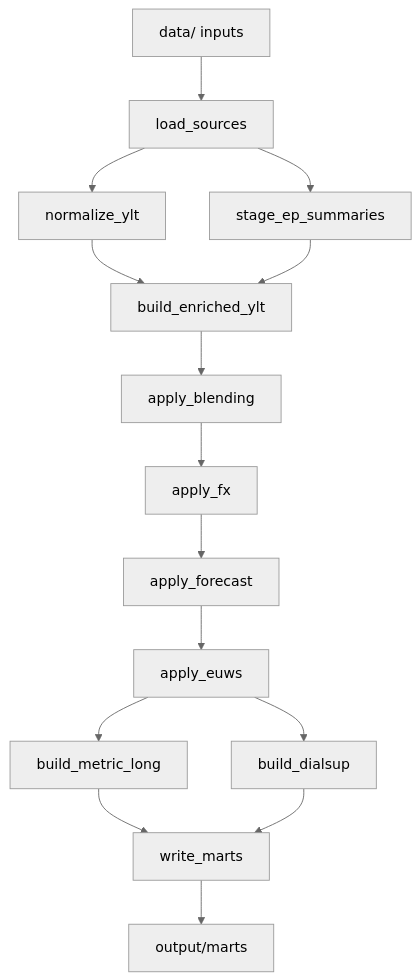
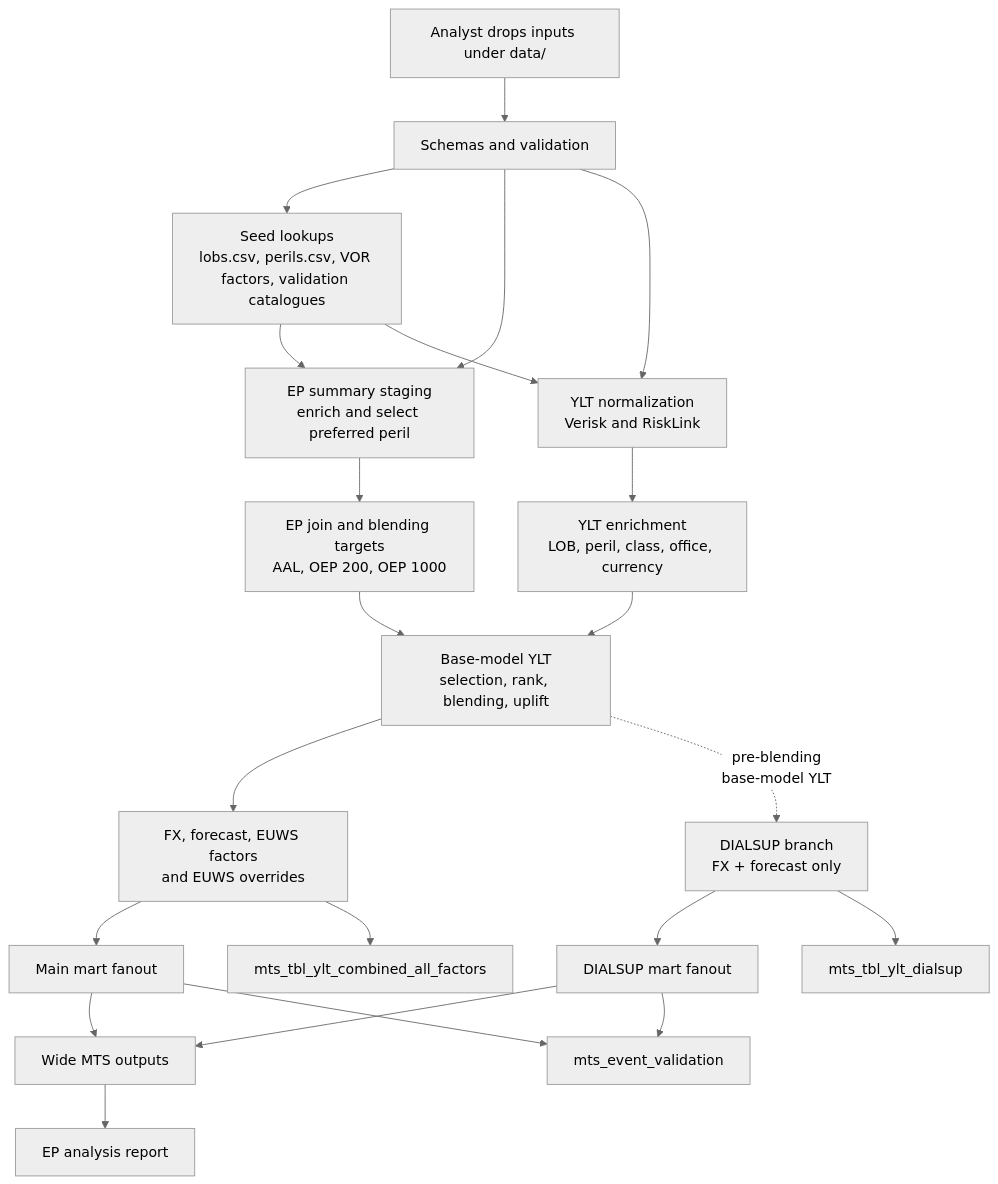
Before and after one commit to richardrh/rollup-dbt: the diagram in docs/architecture.md, drawn with Mermaid (neutral theme). The commit also changed other lines of this file and 92 other files, not shown here.

````diff
--- a/docs/architecture.md
+++ b/docs/architecture.md
@@ -7,17 +10,24 @@
 ```mermaid
 flowchart TD
-  A[data/ inputs] --> B[load_sources]
-  B --> C[normalize_ylt]
-  B --> D[stage_ep_summaries]
-  C --> E[build_enriched_ylt]
-  D --> E
-  E --> F[apply_blending]
-  F --> G[apply_fx]
-  G --> H[apply_forecast]
-  H --> I[apply_euws]
-  I --> J[build_metric_long]
-  I --> K[build_dialsup]
-  J --> L[write_marts]
-  K --> L
-  L --> M[output/marts]
+  A[Analyst drops inputs under data/] --> B[Schemas and validation]
+  B --> C[Seed lookups\nlobs.csv, perils.csv, VOR factors, validation catalogues]
+  B --> D[EP summary staging\nenrich and select preferred peril]
+  B --> E[YLT normalization\nVerisk and RiskLink]
+  C --> D
+  C --> E
+  D --> F[EP join and blending targets\nAAL, OEP 200, OEP 1000]
+  E --> G[YLT enrichment\nLOB, peril, class, office, currency]
+  F --> H[Base-model YLT\nselection, rank, blending, uplift]
+  G --> H
+  H --> I[FX, forecast, EUWS factors\nand EUWS overrides]
+  H -.->|pre-blending\nbase-model YLT| J[DIALSUP branch\nFX + forecast only]
+  I --> K[Main mart fanout]
+  J --> L[DIALSUP mart fanout]
+  I --> O[mts_tbl_ylt_combined_all_factors]
+  J --> P[mts_tbl_ylt_dialsup]
+  K --> M[Wide MTS outputs]
+  L --> M
+  K --> N[mts_event_validation]
+  L --> N
+  M --> Q[EP analysis report]
 ```
````
